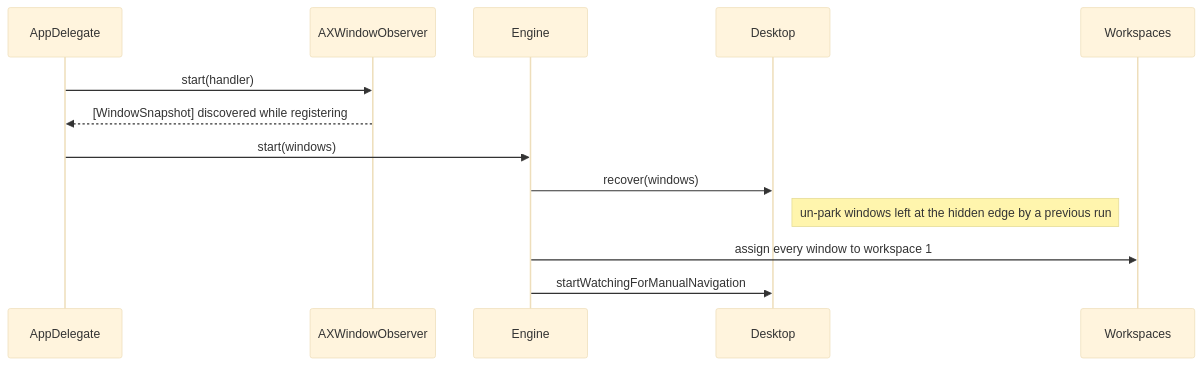
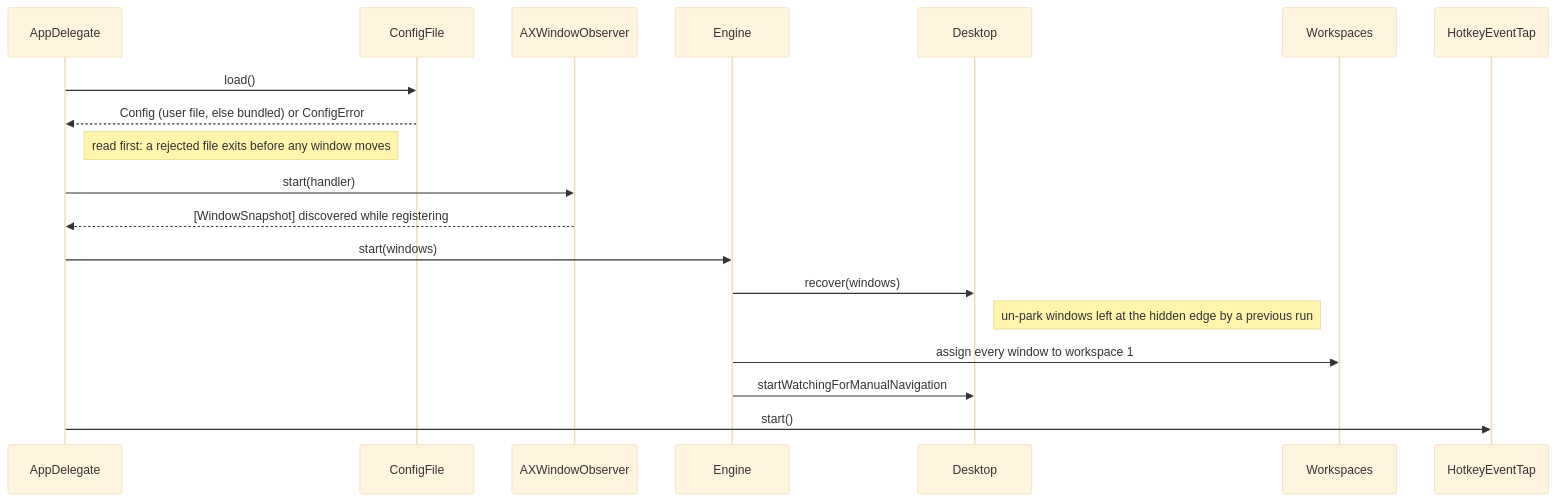
Before and after one commit to brennovich/ottowm: the second of 4 diagrams in ARCHITECTURE.md, drawn with Mermaid (base theme). The commit also changed other lines of this file and 31 other files, not shown here.

````diff
--- a/ARCHITECTURE.md
+++ b/ARCHITECTURE.md
@@ -66,10 +71,14 @@
 ```mermaid
 sequenceDiagram
+    AppDelegate->>ConfigFile: load()
+    ConfigFile-->>AppDelegate: Config (user file, else bundled) or ConfigError
+    Note right of AppDelegate: read first: a rejected file exits before any window moves
     AppDelegate->>AXWindowObserver: start(handler)
     AXWindowObserver-->>AppDelegate: [WindowSnapshot] discovered while registering
     AppDelegate->>Engine: start(windows)
     Engine->>Desktop: recover(windows)
     Note right of Desktop: un-park windows left at the hidden edge by a previous run
     Engine->>Workspaces: assign every window to workspace 1
     Engine->>Desktop: startWatchingForManualNavigation
+    AppDelegate->>HotkeyEventTap: start()
 ```
````
